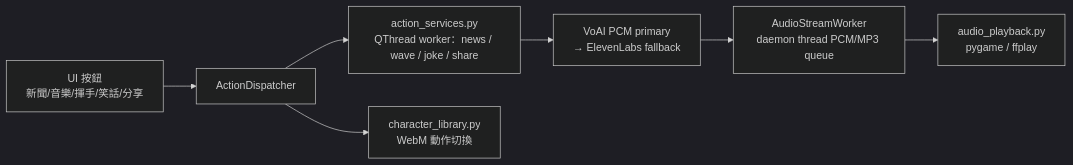
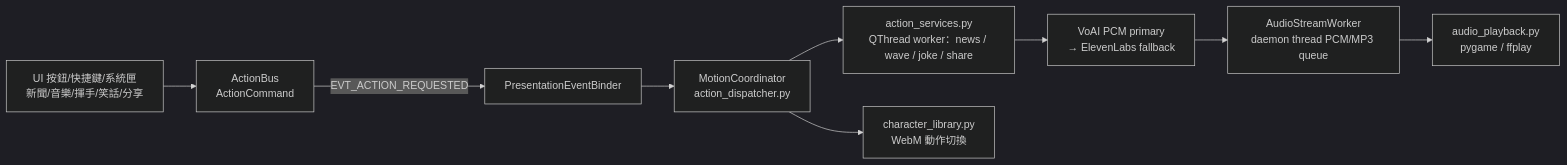
Before and after one commit to Jason25684531/Virtual-Pet: the second of 2 diagrams in README.md, drawn with Mermaid (dark theme). The commit also changed other lines of this file and 50 other files, not shown here.

````diff
--- a/README.md
+++ b/README.md
@@ -58,9 +86,11 @@
 ```mermaid
 flowchart LR
-    UI[UI 按鈕<br>新聞/音樂/揮手/笑話/分享] --> DISP[ActionDispatcher]
+    UI[UI 按鈕/快捷鍵/系統匣<br>新聞/音樂/揮手/笑話/分享] --> BUS[ActionBus<br>ActionCommand]
+    BUS -- EVT_ACTION_REQUESTED --> BINDER[PresentationEventBinder]
+    BINDER --> DISP[MotionCoordinator<br>action_dispatcher.py]
     DISP --> SVC[action_services.py<br>QThread worker：news / wave / joke / share]
     SVC --> TTS[VoAI PCM primary<br>→ ElevenLabs fallback]
     TTS --> AW[AudioStreamWorker<br>daemon thread PCM/MP3 queue]
     AW --> PLAY[audio_playback.py<br>pygame / ffplay]
     DISP --> MOTION[character_library.py<br>WebM 動作切換]
 ```
````
